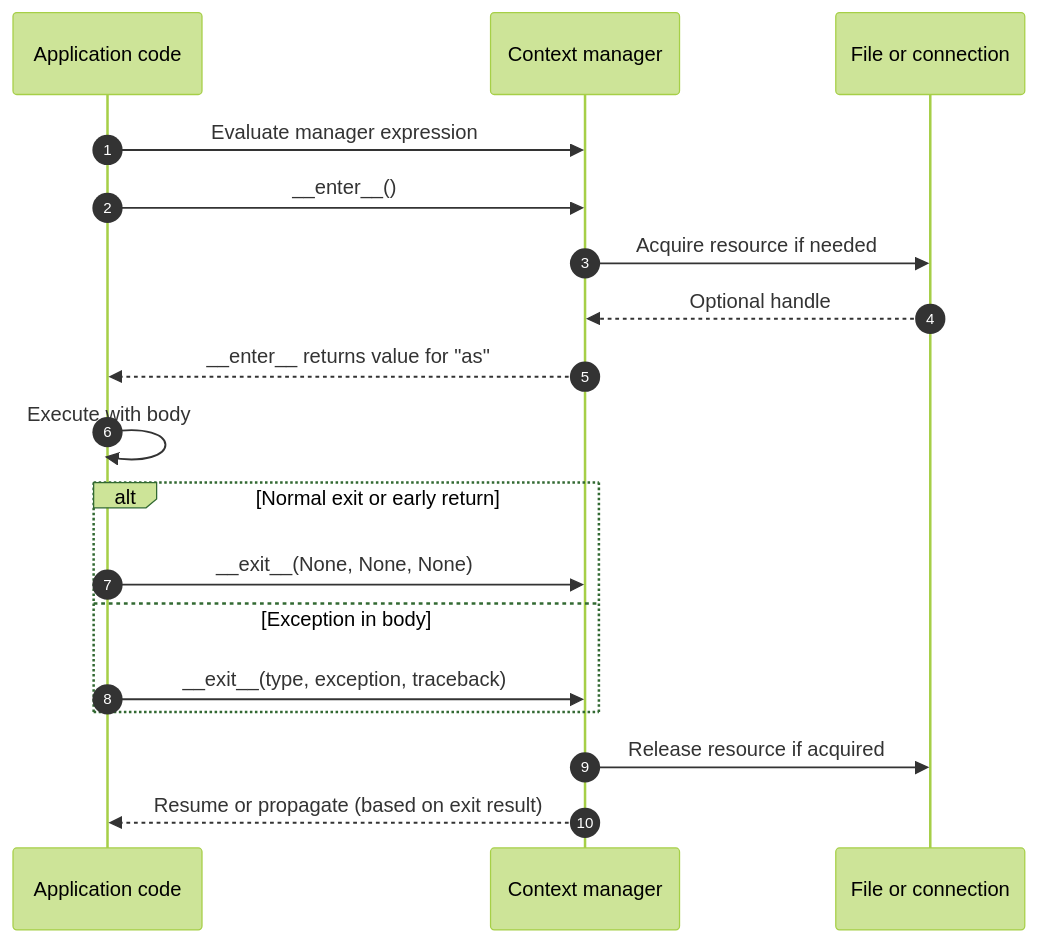
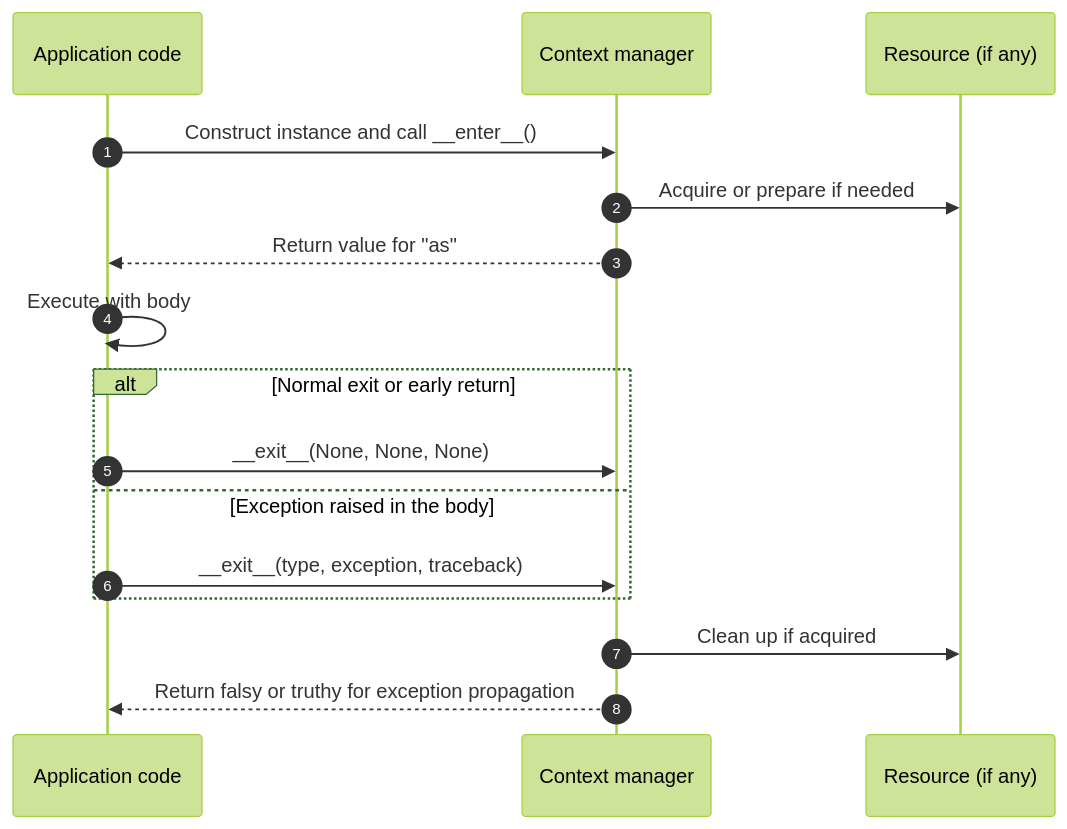
The first of 3 diagrams in 03. Context Managers and Resource Safety/README.md (pirocorp/Core-Python), drawn with Mermaid (forest theme) before and after one commit. The commit also changed other lines of this file, not shown here.

Commit message:
docs(lesson 03): teach context-manager protocol and dunder methods step by step

````diff
--- a/03. Context Managers and Resource Safety/README.md
+++ b/03. Context Managers and Resource Safety/README.md
@@ -194,21 +236,19 @@
 ```mermaid
 sequenceDiagram
     autonumber
     participant Caller as Application code
     participant Manager as Context manager
-    participant Resource as File or connection
+    participant Resource as Resource (if any)
 
-    Caller->>Manager: Evaluate manager expression
-    Caller->>Manager: __enter__()
-    Manager->>Resource: Acquire resource if needed
-    Resource-->>Manager: Optional handle
-    Manager-->>Caller: __enter__ returns value for "as"
+    Caller->>Manager: Construct instance and call __enter__()
+    Manager->>Resource: Acquire or prepare if needed
+    Manager-->>Caller: Return value for "as"
     Caller->>Caller: Execute with body
     alt Normal exit or early return
         Caller->>Manager: __exit__(None, None, None)
-    else Exception in body
+    else Exception raised in the body
         Caller->>Manager: __exit__(type, exception, traceback)
     end
-    Manager->>Resource: Release resource if acquired
-    Manager-->>Caller: Resume or propagate (based on exit result)
+    Manager->>Resource: Clean up if acquired
+    Manager-->>Caller: Return falsy or truthy for exception propagation
 ```
````
